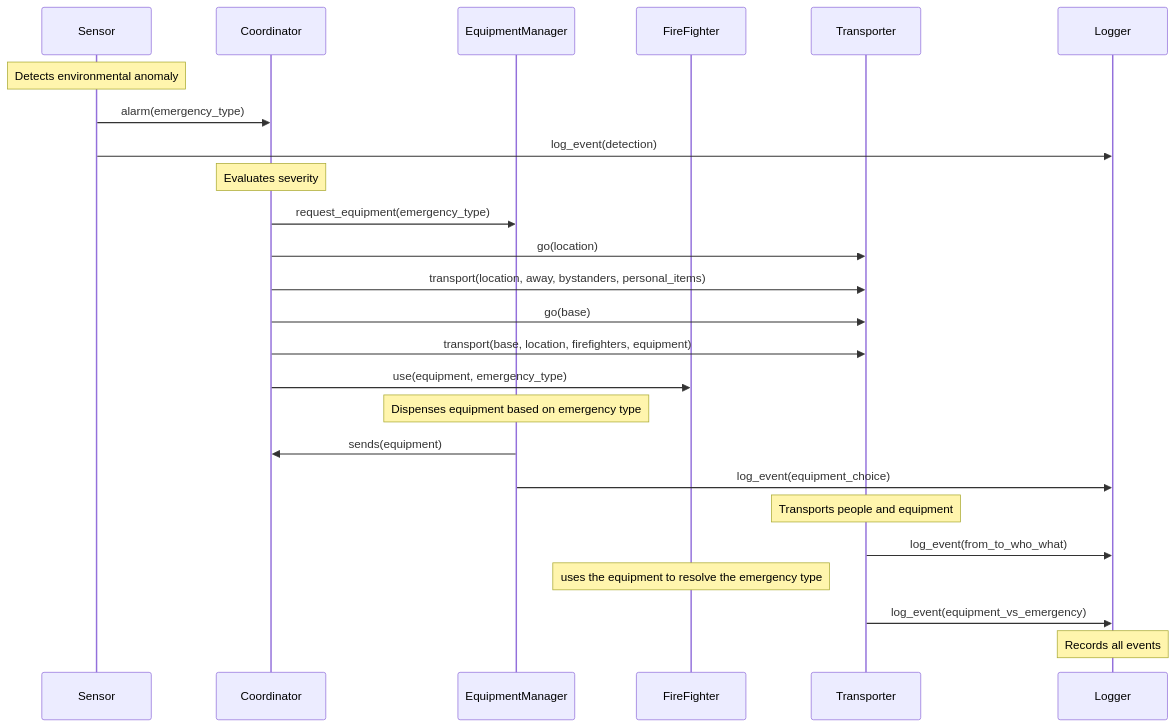
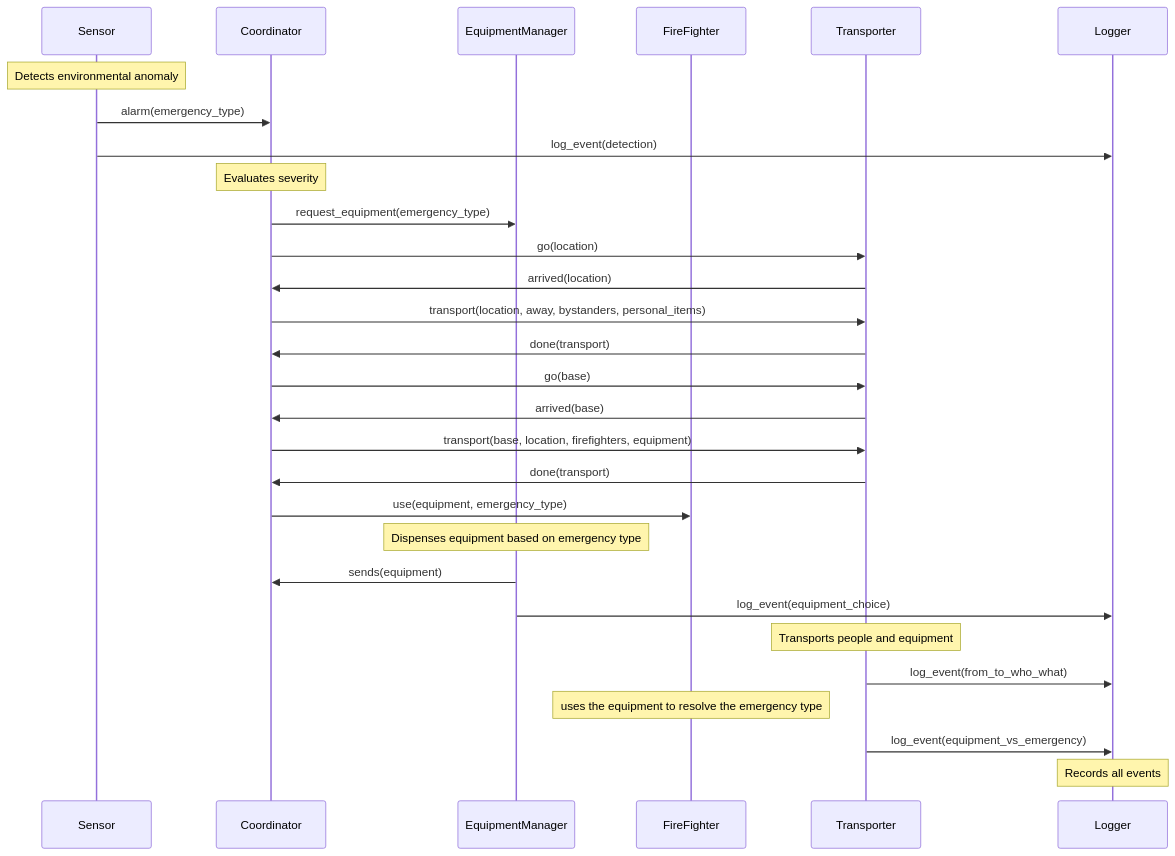
Before and after one commit to lollix91/dalia: the diagram in docs/diagram.md, drawn with Mermaid.

Commit message:
fixing some issues

````diff
--- a/docs/diagram.md
+++ b/docs/diagram.md
@@ -1,33 +1,37 @@
 ```mermaid
 sequenceDiagram
     participant S as Sensor
     participant C as Coordinator
     participant E as EquipmentManager
     participant F as FireFighter
     participant T as Transporter
     participant L as Logger
 
     Note over S: Detects environmental anomaly
     S->>C: alarm(emergency_type)
     S->>L: log_event(detection)
     
     Note over C: Evaluates severity
     C->>E: request_equipment(emergency_type)
     C->>T: go(location)
+    T->>C: arrived(location)
     C->>T: transport(location, away, bystanders, personal_items)
+    T->>C: done(transport)
     C->>T: go(base)
+    T->>C: arrived(base)
     C->>T: transport(base, location, firefighters, equipment)
+    T->>C: done(transport)
     C->>F: use(equipment, emergency_type)
     
     Note over E: Dispenses equipment based on emergency type
     E->>C: sends(equipment)
     E->>L: log_event(equipment_choice)
     
     Note over T: Transports people and equipment
     T->>L: log_event(from_to_who_what)
     
     Note over F: uses the equipment to resolve the emergency type
     T->>L: log_event(equipment_vs_emergency)
     
     Note over L: Records all events
 ``` 
````
